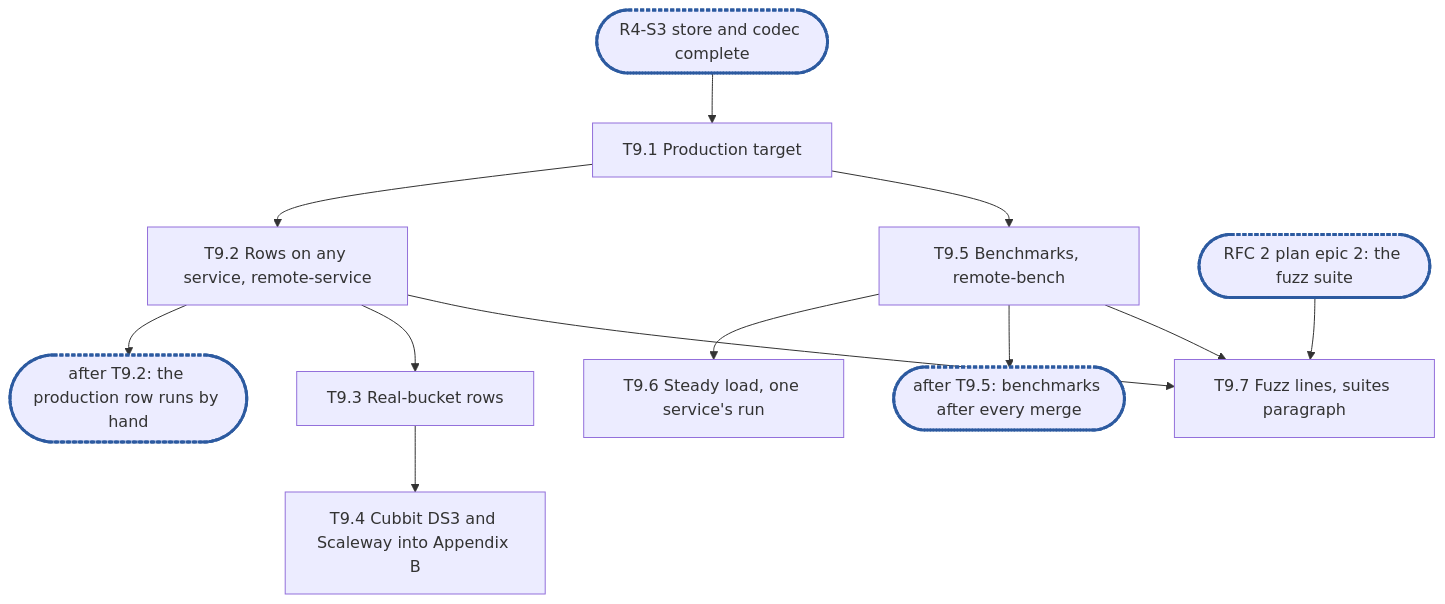
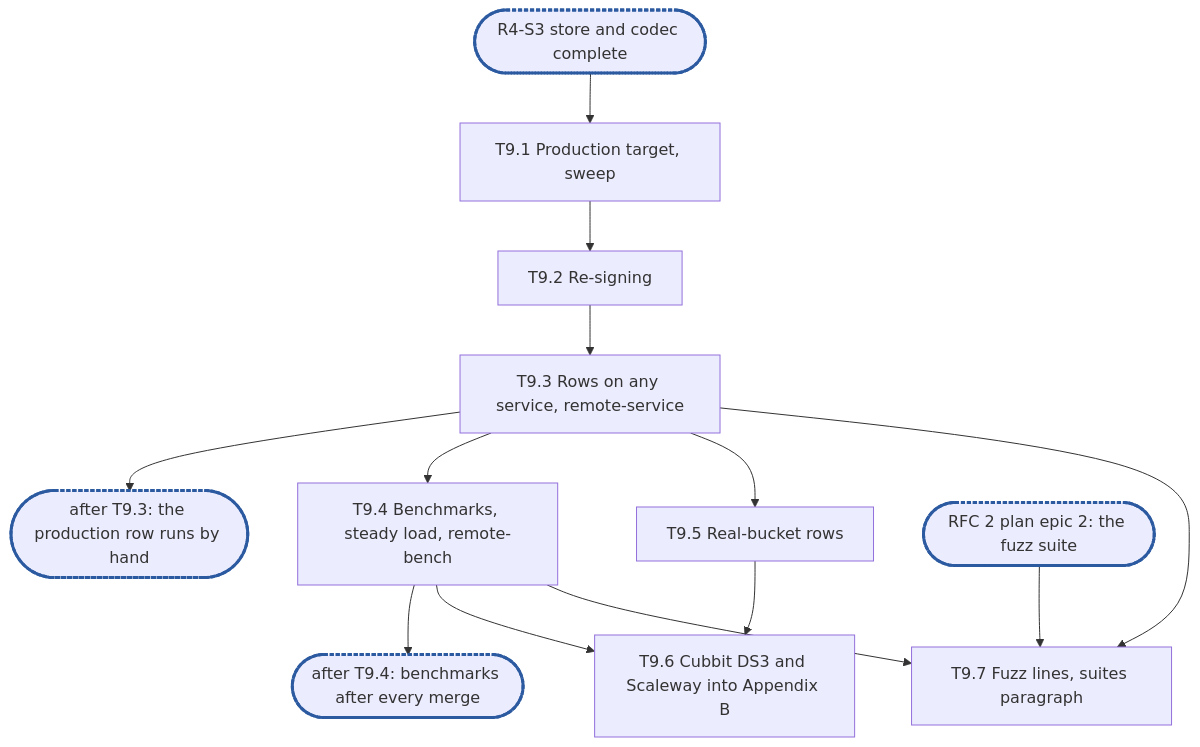
One commit to cubbit/dittofs changed the diagram in .planning/rfc-4-remote-tier-epic9.md. Above: the diagram before and after it, drawn with Mermaid. The commit also changed other lines of this file and 1 other file, not shown here.

Commit message:
docs(planning): fold the review passes into RFC 4 epic 9, add its ledger rows

````diff
--- a/.planning/rfc-4-remote-tier-epic9.md
+++ b/.planning/rfc-4-remote-tier-epic9.md
@@ -448,12 +523,13 @@
 ```mermaid
 flowchart TD
-  RS3(["R4-S3 store and codec complete"]):::sync --> T9_1["T9.1 Production target"]
-  T9_1 --> T9_2["T9.2 Rows on any service, remote-service"]
-  T9_2 --> C1(["after T9.2: the production row runs by hand"]):::sync
-  T9_2 --> T9_3["T9.3 Real-bucket rows"] --> T9_4["T9.4 Cubbit DS3 and Scaleway into Appendix B"]
-  T9_1 --> T9_5["T9.5 Benchmarks, remote-bench"] --> T9_6["T9.6 Steady load, one service's run"]
-  T9_5 --> C2(["after T9.5: benchmarks after every merge"]):::sync
+  RS3(["R4-S3 store and codec complete"]):::sync --> T9_1["T9.1 Production target, sweep"]
+  T9_1 --> T9_2["T9.2 Re-signing"] --> T9_3["T9.3 Rows on any service, remote-service"]
+  T9_3 --> C1(["after T9.3: the production row runs by hand"]):::sync
+  T9_3 --> T9_4["T9.4 Benchmarks, steady load, remote-bench"]
+  T9_4 --> C2(["after T9.4: benchmarks after every merge"]):::sync
+  T9_3 --> T9_5["T9.5 Real-bucket rows"]
+  T9_4 & T9_5 --> T9_6["T9.6 Cubbit DS3 and Scaleway into Appendix B"]
   R2E2(["RFC 2 plan epic 2: the fuzz suite"]):::sync --> T9_7["T9.7 Fuzz lines, suites paragraph"]
-  T9_2 & T9_5 --> T9_7
+  T9_3 & T9_4 --> T9_7
   classDef sync stroke:#2c5aa0,stroke-width:3px,stroke-dasharray:4 2
 ```
````
